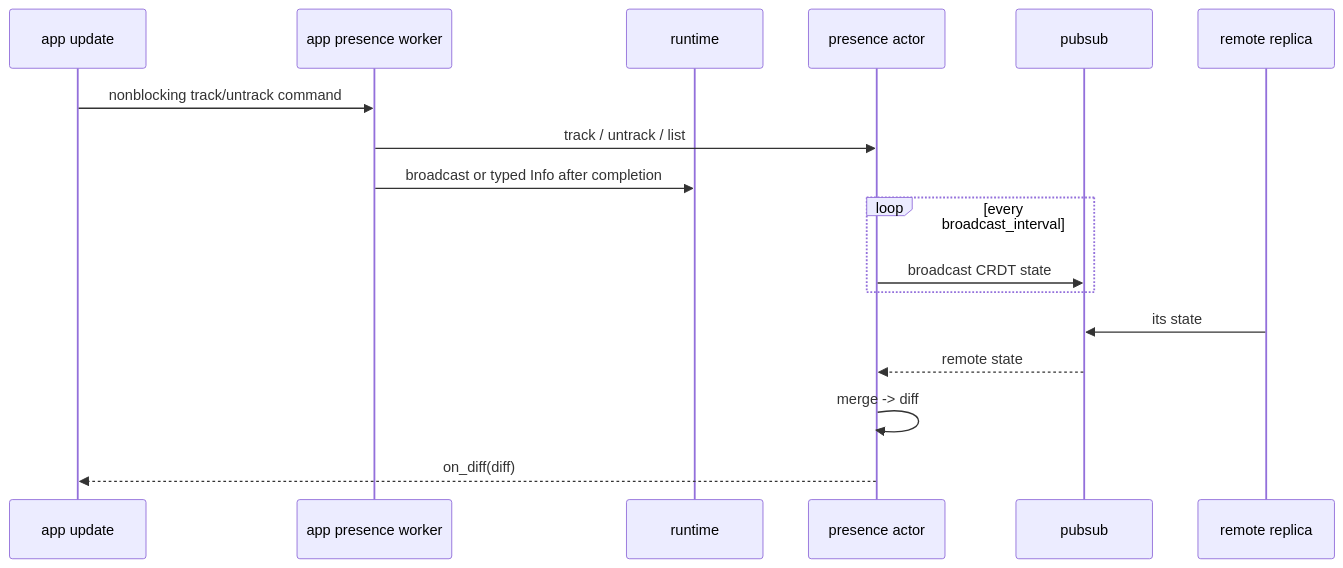
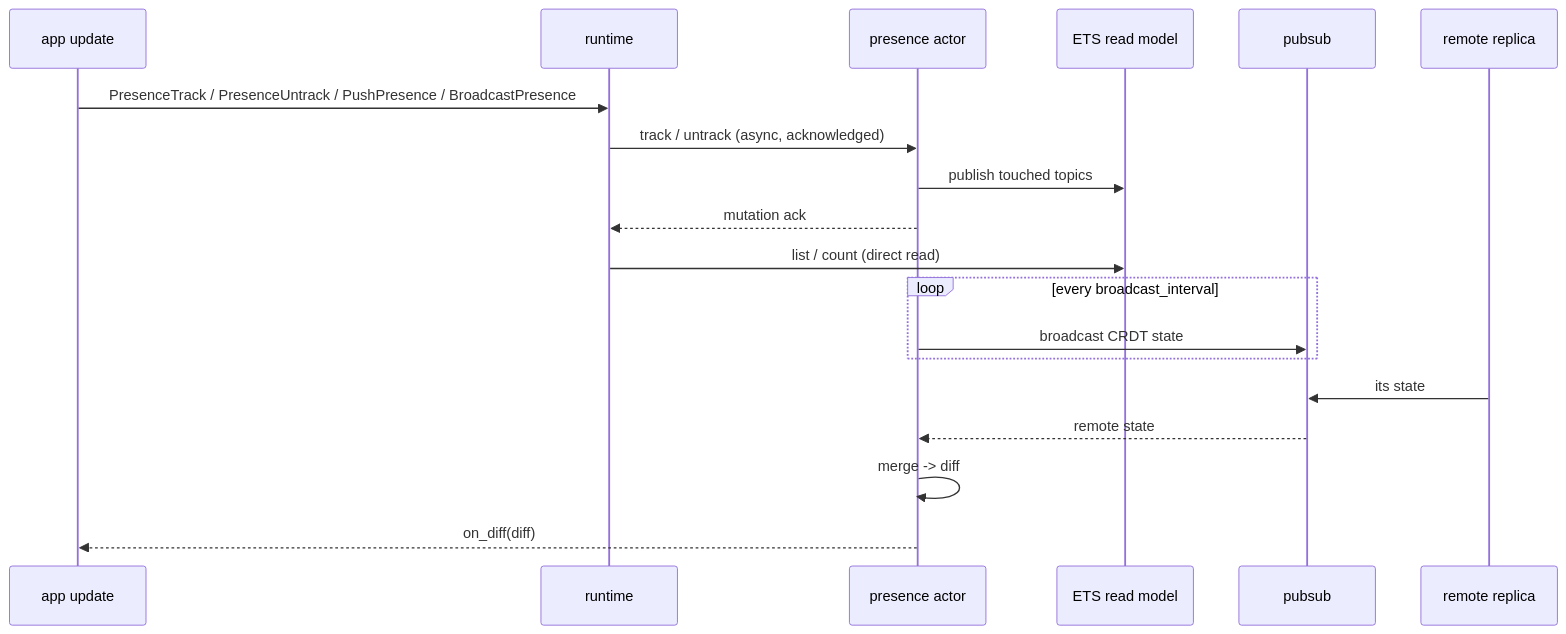
One commit to tylerbutler/beryl changed the diagram in website/src/content/docs/architecture/presence.md. Above: the diagram before and after it, drawn with Mermaid. The commit also changed other lines of this file and 19 other files, not shown here.

First line of the commit message:
perf(presence): make runtime effects asynchronous (#280)

````diff
--- a/website/src/content/docs/architecture/presence.md
+++ b/website/src/content/docs/architecture/presence.md
@@ -78,19 +91,21 @@
 ```mermaid
 sequenceDiagram
   participant App as app update
-  participant Worker as app presence worker
   participant Runtime as runtime
   participant Pres as presence actor
+  participant Read as ETS read model
   participant PS as pubsub
   participant Remote as remote replica
-  App->>Worker: nonblocking track/untrack command
-  Worker->>Pres: track / untrack / list
-  Worker->>Runtime: broadcast or typed Info after completion
+  App->>Runtime: PresenceTrack / PresenceUntrack / PushPresence / BroadcastPresence
+  Runtime->>Pres: track / untrack (async, acknowledged)
+  Pres->>Read: publish touched topics
+  Pres-->>Runtime: mutation ack
+  Runtime->>Read: list / count (direct read)
   loop every broadcast_interval
     Pres->>PS: broadcast CRDT state
   end
   Remote->>PS: its state
   PS-->>Pres: remote state
   Pres->>Pres: merge -> diff
   Pres-->>App: on_diff(diff)
 ```
````
